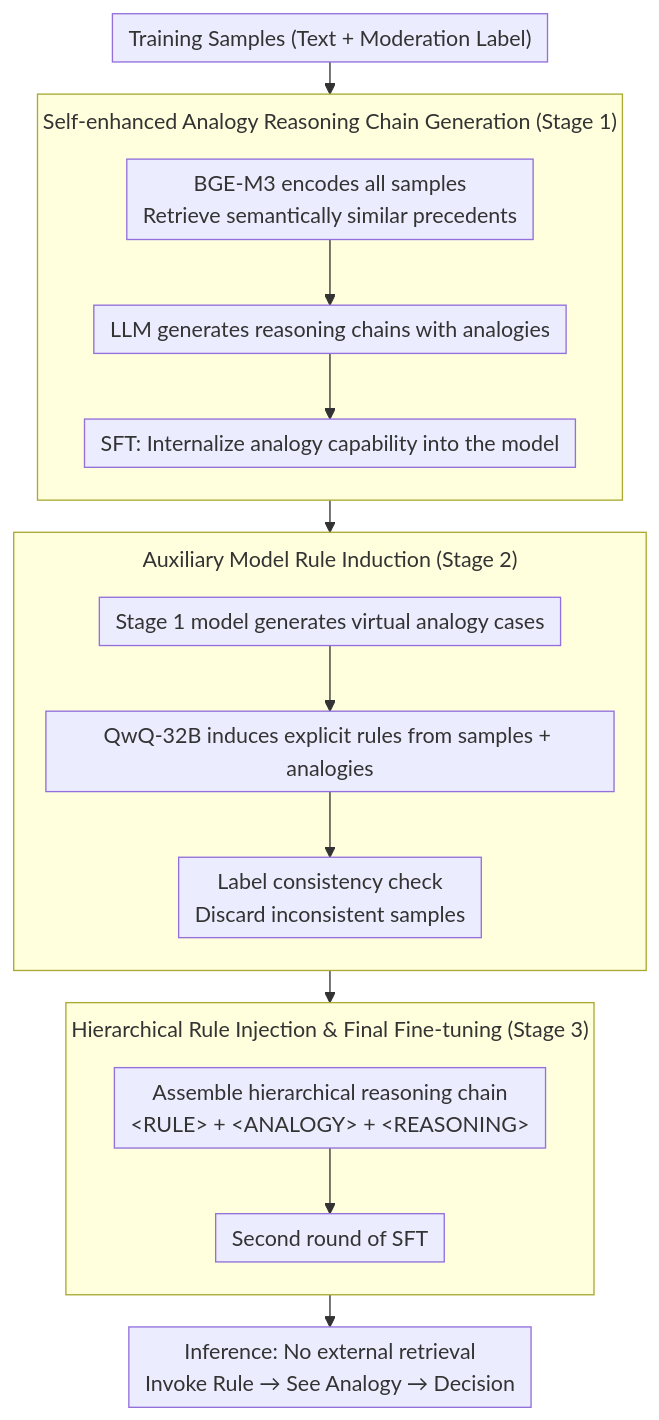
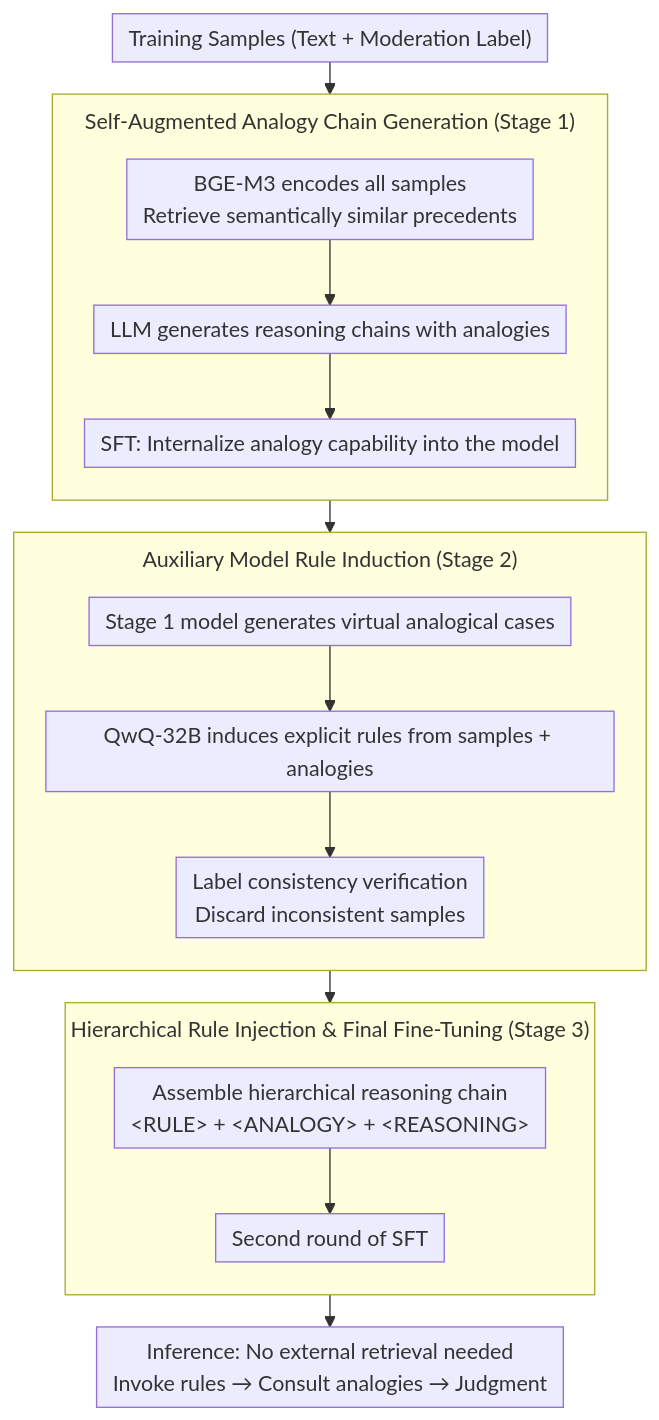
Before and after one commit to zhaoyang97/Paper-Notes-en: the diagram in docs/ACL2026/llm_reasoning/chairo_contextual_hierarchical_analogical_induction_and_reasoning_optimization_f.md, drawn with Mermaid. The commit also changed other lines of this file and 5084 other files, not shown here.

````diff
--- a/docs/ACL2026/llm_reasoning/chairo_contextual_hierarchical_analogical_induction_and_reasoning_optimization_f.md
+++ b/docs/ACL2026/llm_reasoning/chairo_contextual_hierarchical_analogical_induction_and_reasoning_optimization_f.md
@@ -43,30 +43,28 @@
 ```mermaid
 %%{init: {'flowchart': {'rankSpacing': 24, 'nodeSpacing': 28, 'padding': 6, 'wrappingWidth': 400, 'subGraphTitleMargin': {'top': 8, 'bottom': 16}}}}%%
 flowchart TD
     A["Training Samples (Text + Moderation Label)"] --> S1
 
-    subgraph S1["Self-enhanced Analogy Reasoning Chain Generation (Stage 1)"]
+    subgraph S1["Self-Augmented Analogy Chain Generation (Stage 1)"]
         direction TB
         B["BGE-M3 encodes all samples<br/>Retrieve semantically similar precedents"] --> C["LLM generates reasoning chains with analogies"]
-        D["SFT: Internalize analogy capability into the model"]
-        C --> D
+        C --> D["SFT: Internalize analogy capability into the model"]
     end
 
     S1 --> S2
 
     subgraph S2["Auxiliary Model Rule Induction (Stage 2)"]
         direction TB
-        E["Stage 1 model generates virtual analogy cases"] --> F["QwQ-32B induces explicit rules from samples + analogies"]
-        G["Label consistency check<br/>Discard inconsistent samples"]
-        F --> G
+        E["Stage 1 model generates virtual analogical cases"] --> F["QwQ-32B induces explicit rules from samples + analogies"]
+        F --> G["Label consistency verification<br/>Discard inconsistent samples"]
     end
 
     S2 --> S3
 
-    subgraph S3["Hierarchical Rule Injection & Final Fine-tuning (Stage 3)"]
+    subgraph S3["Hierarchical Rule Injection & Final Fine-Tuning (Stage 3)"]
         direction TB
         H["Assemble hierarchical reasoning chain<br/>&lt;RULE&gt; + &lt;ANALOGY&gt; + &lt;REASONING&gt;"] --> I["Second round of SFT"]
     end
 
-    S3 --> J["Inference: No external retrieval<br/>Invoke Rule → See Analogy → Decision"]
+    S3 --> J["Inference: No external retrieval needed<br/>Invoke rules → Consult analogies → Judgment"]
 ```
````
